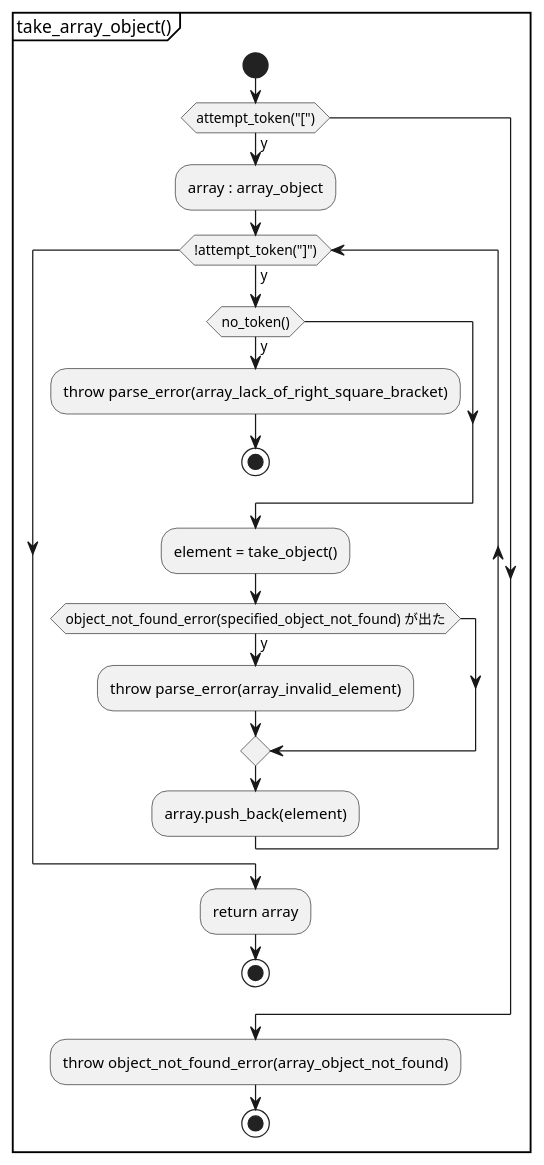
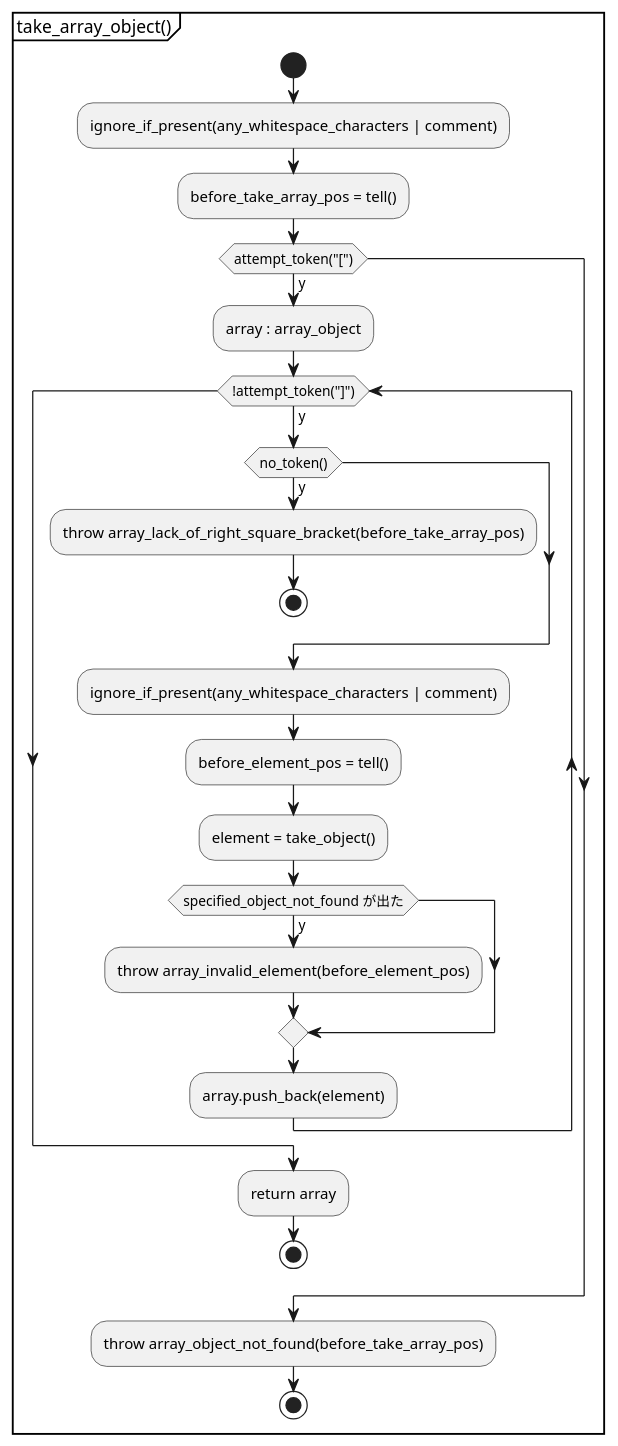
The seventh of 15 diagrams in document/document_reader/ipdfstream/object_stream/object_stream.activity.pu (KodaiYM/PDFReader), drawn with PlantUML before and after one commit. The commit also changed other lines of this file and 23 other files, not shown here.

```diff
--- a/document/document_reader/ipdfstream/object_stream/object_stream.activity.pu
+++ b/document/document_reader/ipdfstream/object_stream/object_stream.activity.pu
@@ -263,27 +275,32 @@
 @startuml take_array_object
 partition "take_array_object()" {
 start
+	:ignore_if_present(any_whitespace_characters | comment);
+	:before_take_array_pos = tell();
+
 	if (attempt_token("[")) then (y)
 		:array : array_object;
 
 		while (!attempt_token("]")) is (y)
 			if (no_token()) then (y)
-				:throw parse_error(array_lack_of_right_square_bracket);
+				:throw array_lack_of_right_square_bracket(before_take_array_pos);
 				stop
 			endif
 
+			:ignore_if_present(any_whitespace_characters | comment);
+			:before_element_pos = tell();
 			:element = take_object();
-			if (object_not_found_error(specified_object_not_found) が出た) then (y)
-				:throw parse_error(array_invalid_element);
+			if (specified_object_not_found が出た) then (y)
+				:throw array_invalid_element(before_element_pos);
 			endif
 			:array.push_back(element);
 		endwhile
 
 		:return array;
 		stop
 	endif
 
-	:throw object_not_found_error(array_object_not_found);
+	:throw array_object_not_found(before_take_array_pos);
 stop
 }
 @enduml
```
